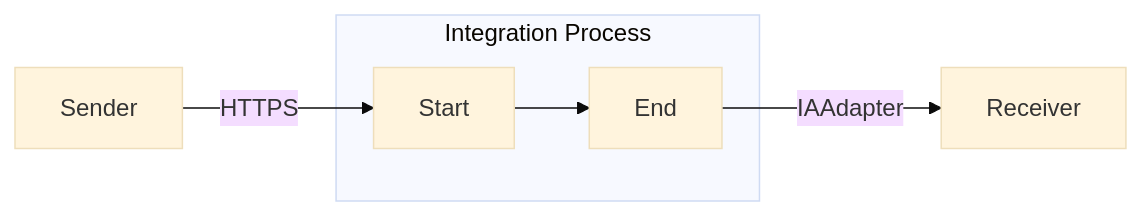
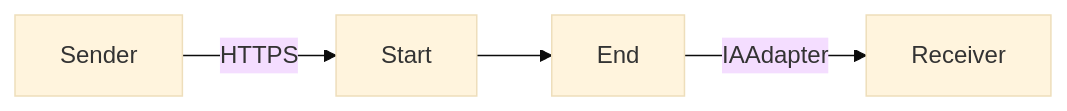
The diagram in b+ dgtal IA/Testing_Endpoint/1.0.0/readme.md (Avvale-IA-CICD/AvvaleCPI), drawn with Mermaid (base theme) before and after one commit. The commit also changed other lines of this file, not shown here.

````diff
--- a/b+ dgtal IA/Testing_Endpoint/1.0.0/readme.md
+++ b/b+ dgtal IA/Testing_Endpoint/1.0.0/readme.md
@@ -4,14 +4,11 @@
 ```mermaid
 graph LR
     Participant_1[Sender]
     Participant_2[Receiver]
-
-    subgraph Participant_Process_1 [Integration Process]
-        StartEvent_2[Start]
-        EndEvent_2[End]
-        StartEvent_2 --> EndEvent_2
-    end
+    StartEvent_2[Start]
+    EndEvent_2[End]
 
     Participant_1 -- HTTPS --> StartEvent_2
+    StartEvent_2 --> EndEvent_2
     EndEvent_2 -- IAAdapter --> Participant_2
 ```
````
